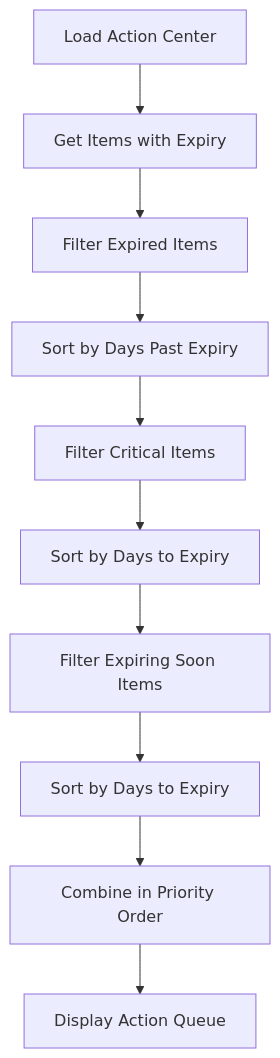
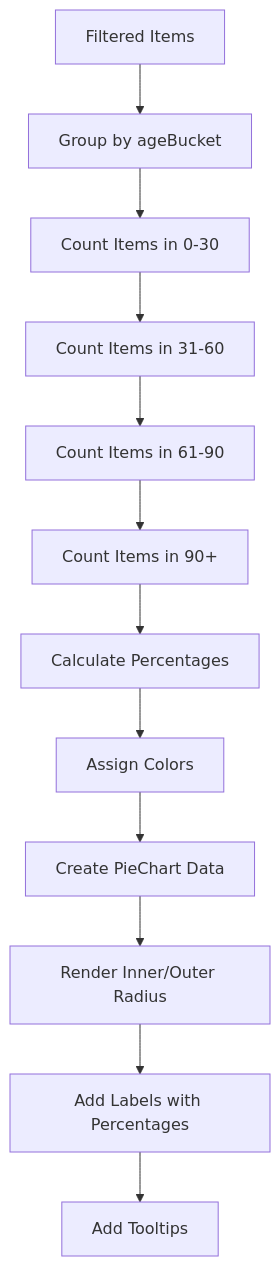
Before and after one commit to PeakMNA/carmen: diagram 12 of 23 in docs/app/inventory-management/stock-overview/inventory-aging/FD-inventory-aging.md, drawn with Mermaid. The commit also changed other lines of this file and 473 other files, not shown here.

````diff
--- a/docs/app/inventory-management/stock-overview/inventory-aging/FD-inventory-aging.md
+++ b/docs/app/inventory-management/stock-overview/inventory-aging/FD-inventory-aging.md
@@ -210,12 +262,14 @@
 ```mermaid
-flowchart TD
-    A[Load Action Center] --> B[Get Items with Expiry]
-    B --> C[Filter Expired Items]
-    C --> D[Sort by Days Past Expiry]
-    D --> E[Filter Critical Items]
-    E --> F[Sort by Days to Expiry]
-    F --> G[Filter Expiring Soon Items]
-    G --> H[Sort by Days to Expiry]
-    H --> I[Combine in Priority Order]
-    I --> J[Display Action Queue]
+graph TD
+    A[Filtered Items] --> B[Group by ageBucket]
+    B --> C[Count Items in 0-30]
+    C --> D[Count Items in 31-60]
+    D --> E[Count Items in 61-90]
+    E --> F[Count Items in 90+]
+    F --> G[Calculate Percentages]
+    G --> H[Assign Colors]
+    H --> I[Create PieChart Data]
+    I --> J[Render Inner/Outer Radius]
+    J --> K[Add Labels with Percentages]
+    K --> L[Add Tooltips]
 ```
````
